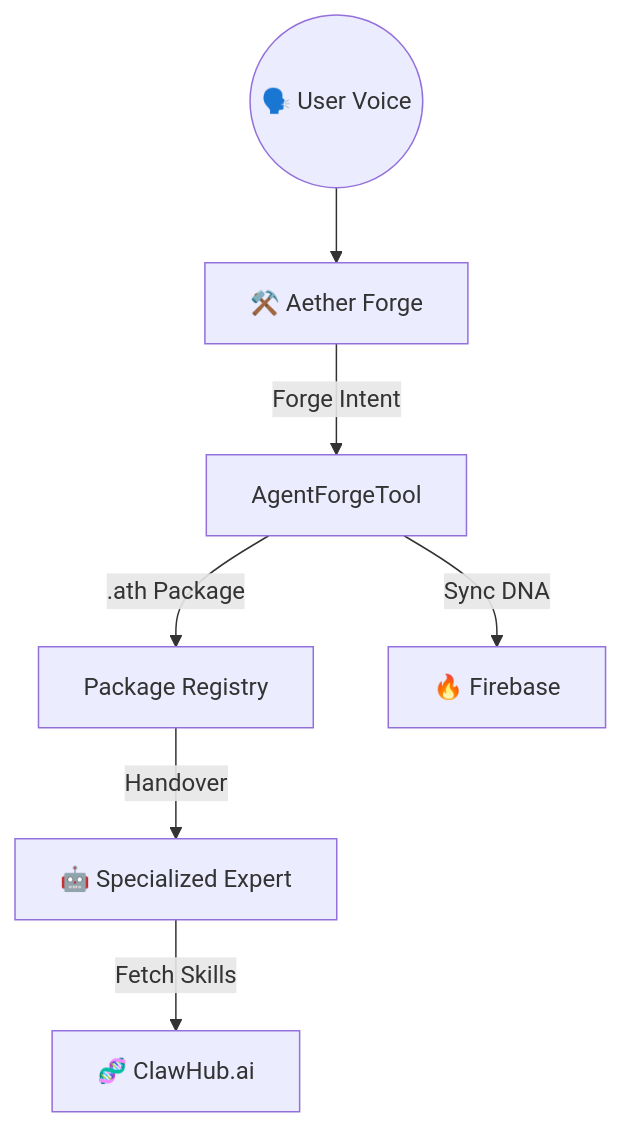
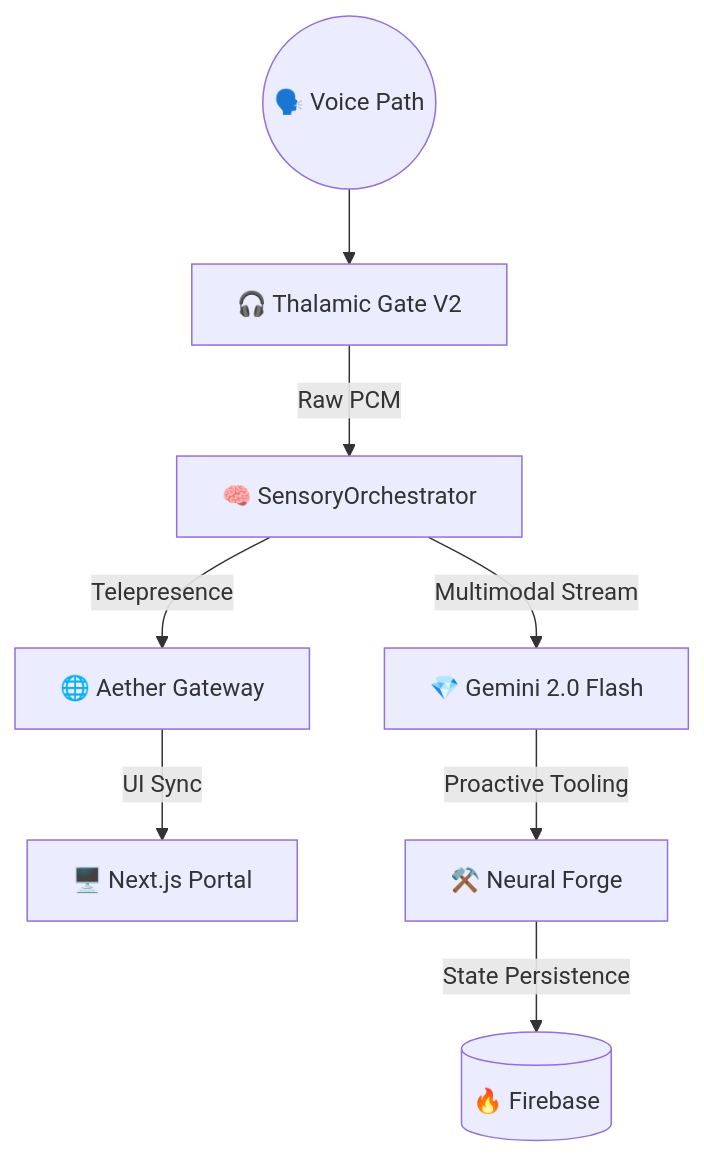
The diagram in README.md (Moeabdelaziz007/Aether-Voice-OS), drawn with Mermaid before and after one commit. The commit also changed other lines of this file and 12 other files, not shown here.

````diff
--- a/README.md
+++ b/README.md
@@ -236,9 +55,10 @@
 ```mermaid
 graph TD
-    User((🗣️ User Voice)) --> Forge[⚒️ Aether Forge]
-    Forge -->|Forge Intent| Tool[AgentForgeTool]
-    Tool -->|.ath Package| Registry[Package Registry]
-    Tool -->|Sync DNA| Firebase[🔥 Firebase]
-    Registry -->|Handover| Expert[🤖 Specialized Expert]
-    Expert -->|Fetch Skills| ClawHub[🧬 ClawHub.ai]
+    User((🗣️ Voice Path)) --> OS[🎧 Thalamic Gate V2]
+    OS -->|Raw PCM| SO[🧠 SensoryOrchestrator]
+    SO -->|Multimodal Stream| Gemini[💎 Gemini 2.0 Flash]
+    SO -->|Telepresence| Gateway[🌐 Aether Gateway]
+    Gateway -->|UI Sync| UI[🖥️ Next.js Portal]
+    Gemini -->|Proactive Tooling| Forge[⚒️ Neural Forge]
+    Forge -->|State Persistence| FB[(🔥 Firebase)]
 ```
````
